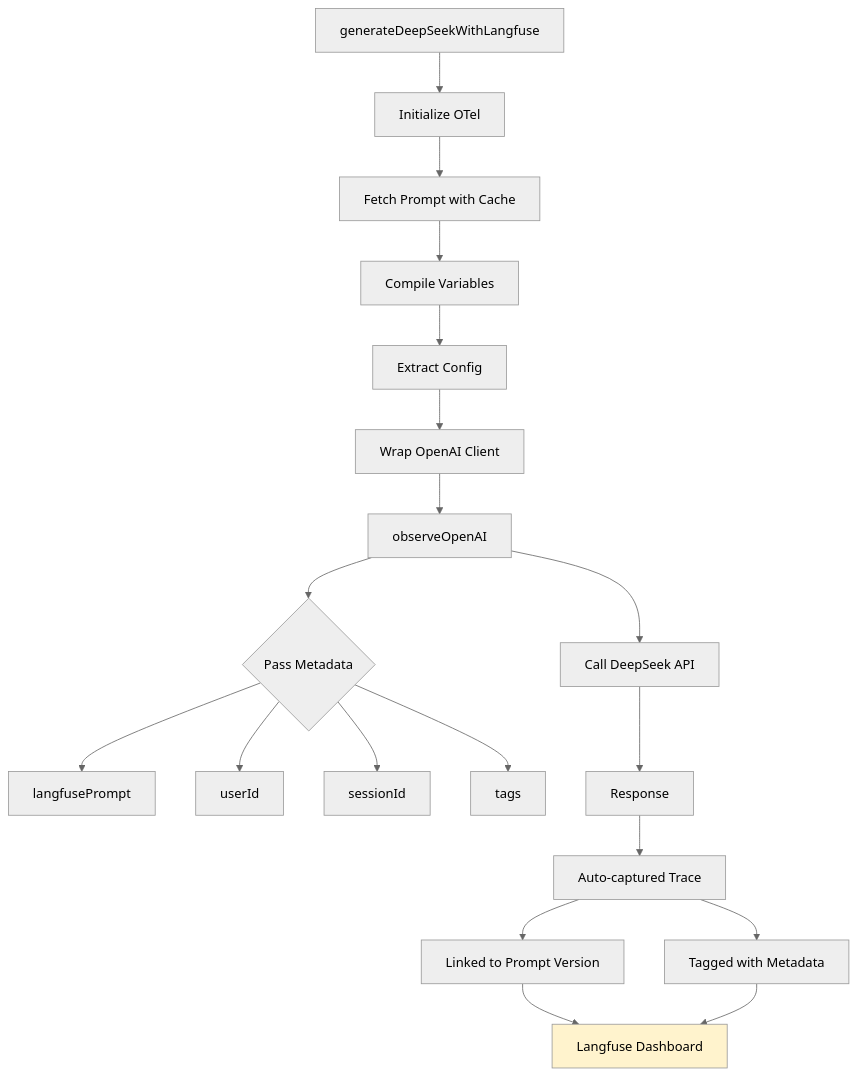
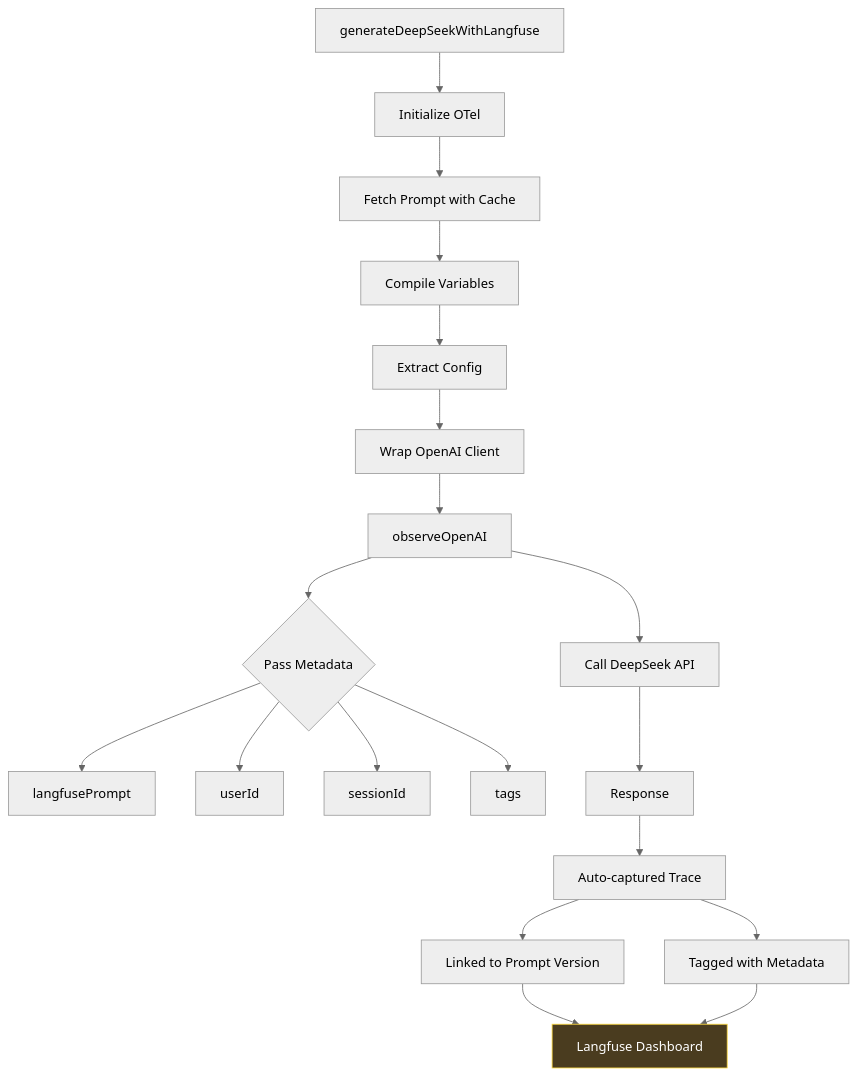
Before and after one commit to nicolad/vadim.blog: the seventh of 10 diagrams in blog/2026/02-11-langfuse-features-prompts-tracing-scores-usage/index.md, drawn with Mermaid (neutral theme). The commit also changed other lines of this file and 1 other file, not shown here.

````diff
--- a/blog/2026/02-11-langfuse-features-prompts-tracing-scores-usage/index.md
+++ b/blog/2026/02-11-langfuse-features-prompts-tracing-scores-usage/index.md
@@ -411,28 +424,28 @@
 ```mermaid
 graph TD
     A[generateDeepSeekWithLangfuse] --> B[Initialize OTel]
     B --> C[Fetch Prompt with Cache]
     C --> D[Compile Variables]
     D --> E[Extract Config]
     E --> F[Wrap OpenAI Client]
     
     F --> G[observeOpenAI]
     G --> H{Pass Metadata}
     
     H --> I[langfusePrompt]
     H --> J[userId]
     H --> K[sessionId]
     H --> L[tags]
     
     G --> M[Call DeepSeek API]
     M --> N[Response]
     
     N --> O[Auto-captured Trace]
     O --> P[Linked to Prompt Version]
     O --> Q[Tagged with Metadata]
     
     P --> R[Langfuse Dashboard]
     Q --> R
     
-    style R fill:#fff3cd
+    style R fill:#4a3c1f,stroke:#ffd93d,color:#fff
 ```
````
